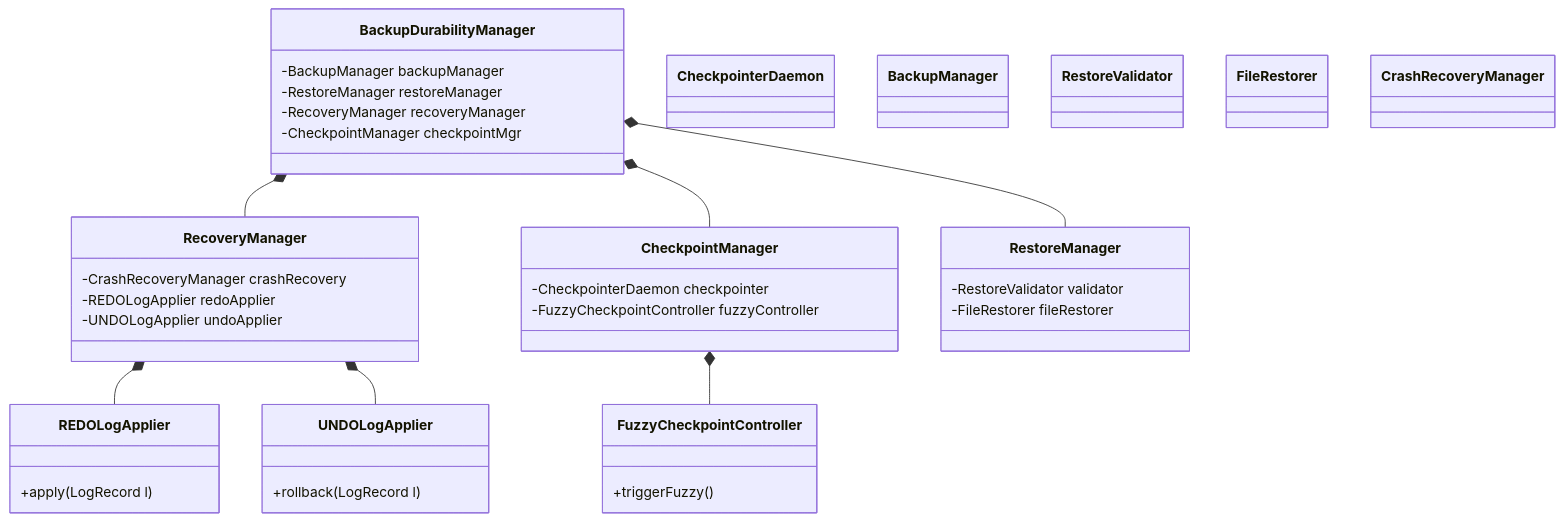
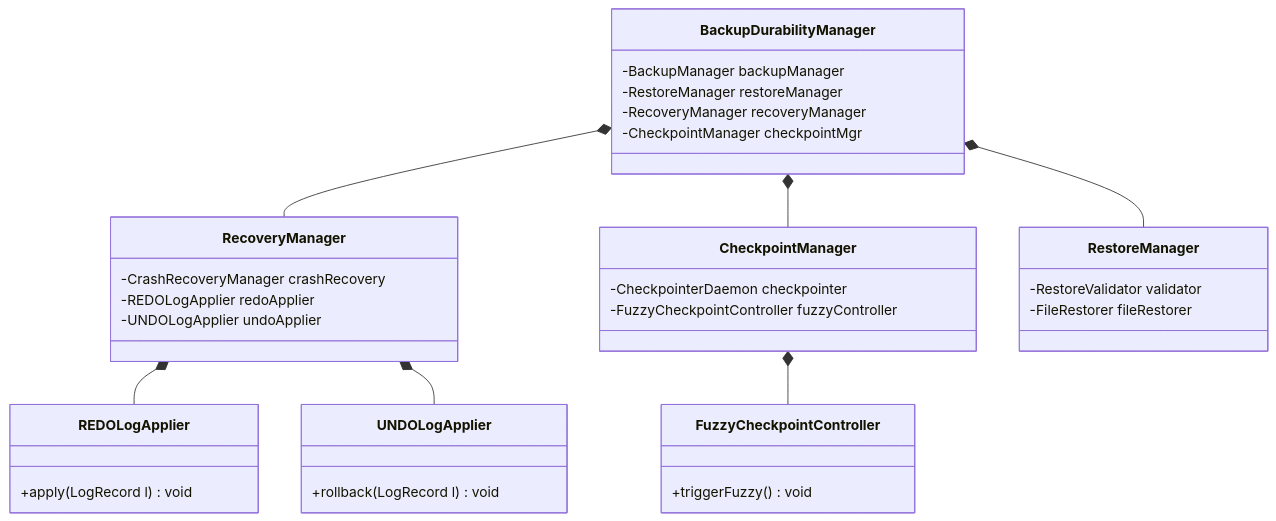
The seventh of 9 diagrams in README.md (TamBui1706/DBMS), drawn with Mermaid before and after one commit. The commit also changed other lines of this file and 2 other files, not shown here.

Commit message:
Up Class Diagram

````diff
--- a/README.md
+++ b/README.md
@@ -701,42 +702,37 @@
 ```mermaid
 classDiagram
-    class BackupDurabilityManager {
+class BackupDurabilityManager {
         -BackupManager backupManager
         -RestoreManager restoreManager
         -RecoveryManager recoveryManager
         -CheckpointManager checkpointMgr
     }
     class RecoveryManager {
         -CrashRecoveryManager crashRecovery
         -REDOLogApplier redoApplier
         -UNDOLogApplier undoApplier
     }
     class REDOLogApplier {
-        +apply(LogRecord l)
+        +apply(LogRecord l) void
     }
     class UNDOLogApplier {
-        +rollback(LogRecord l)
+        +rollback(LogRecord l) void
     }
     class CheckpointManager {
         -CheckpointerDaemon checkpointer
         -FuzzyCheckpointController fuzzyController
     }
     class FuzzyCheckpointController {
-        +triggerFuzzy()
+        +triggerFuzzy() void
     }
     class RestoreManager {
         -RestoreValidator validator
         -FileRestorer fileRestorer
     }
     BackupDurabilityManager *-- RecoveryManager
     BackupDurabilityManager *-- CheckpointManager
     BackupDurabilityManager *-- RestoreManager
     RecoveryManager *-- REDOLogApplier
     RecoveryManager *-- UNDOLogApplier
     CheckpointManager *-- FuzzyCheckpointController
-    class CheckpointerDaemon
-    class BackupManager
-    class RestoreValidator
-    class FileRestorer
-    class CrashRecoveryManager
 ```
````
